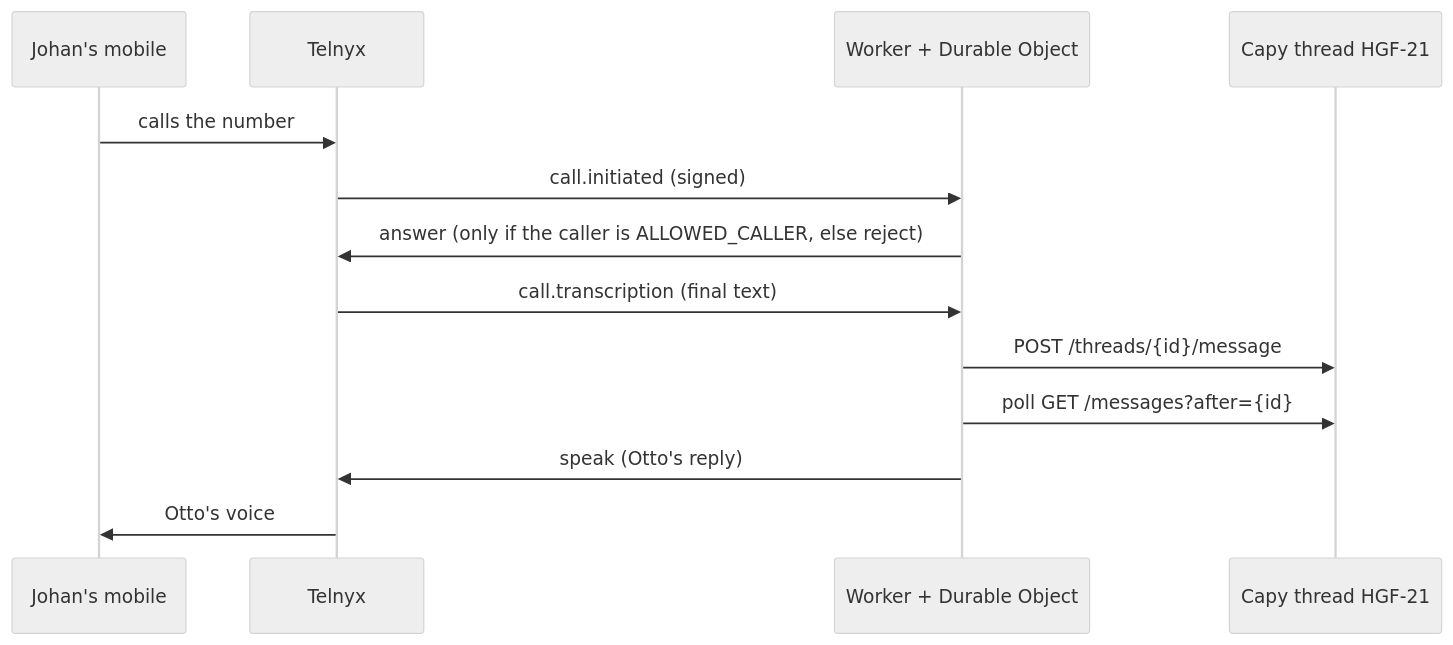
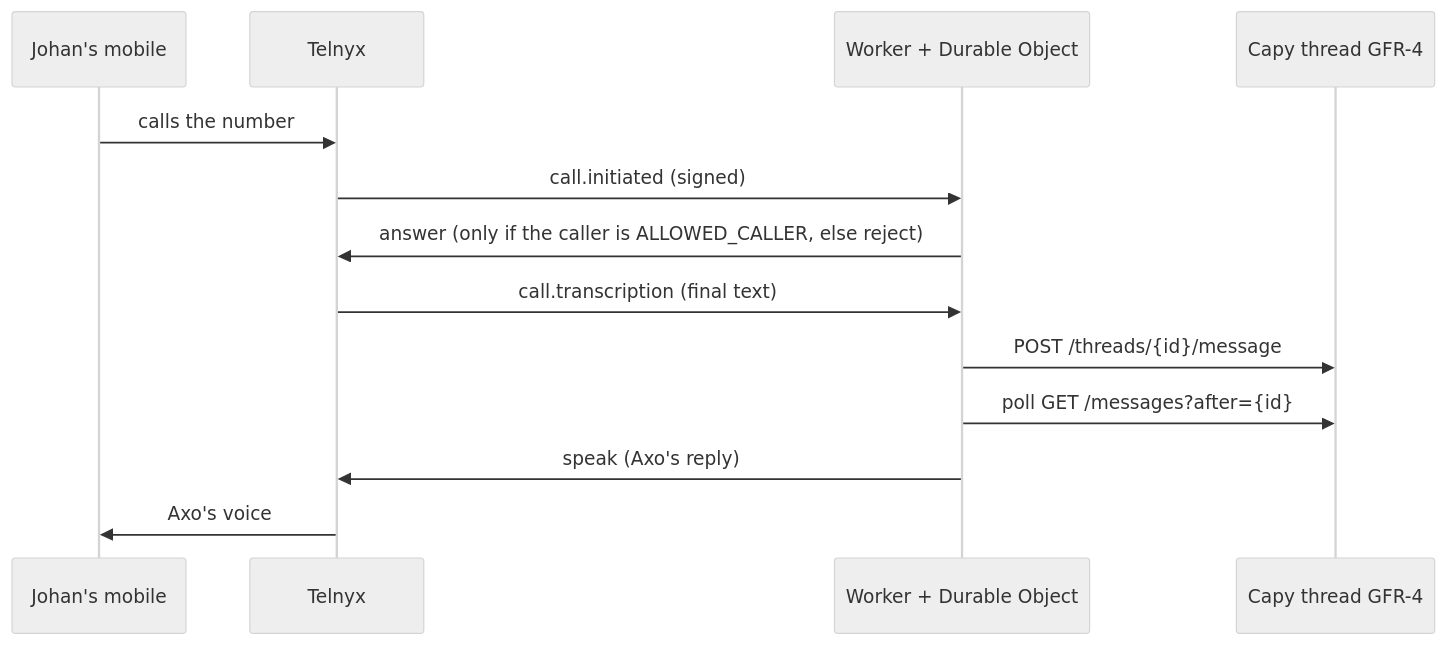
Before and after one commit to g4f4r0/g4f4r0: the diagram in phone-bridge/README.md, drawn with Mermaid (neutral theme). The commit also changed other lines of this file and 3 other files, not shown here.

Commit message:
phone-bridge: route calls to Axo (GFR-4) and speak as Axo

````diff
--- a/phone-bridge/README.md
+++ b/phone-bridge/README.md
@@ -6,15 +6,15 @@
 ```mermaid
 sequenceDiagram
   participant J as Johan's mobile
   participant T as Telnyx
   participant W as Worker + Durable Object
-  participant C as Capy thread HGF-21
+  participant C as Capy thread GFR-4
   J->>T: calls the number
   T->>W: call.initiated (signed)
   W->>T: answer (only if the caller is ALLOWED_CALLER, else reject)
   T->>W: call.transcription (final text)
   W->>C: POST /threads/{id}/message
   W->>C: poll GET /messages?after={id}
-  W->>T: speak (Otto's reply)
-  T->>J: Otto's voice
+  W->>T: speak (Axo's reply)
+  T->>J: Axo's voice
 ```
````
